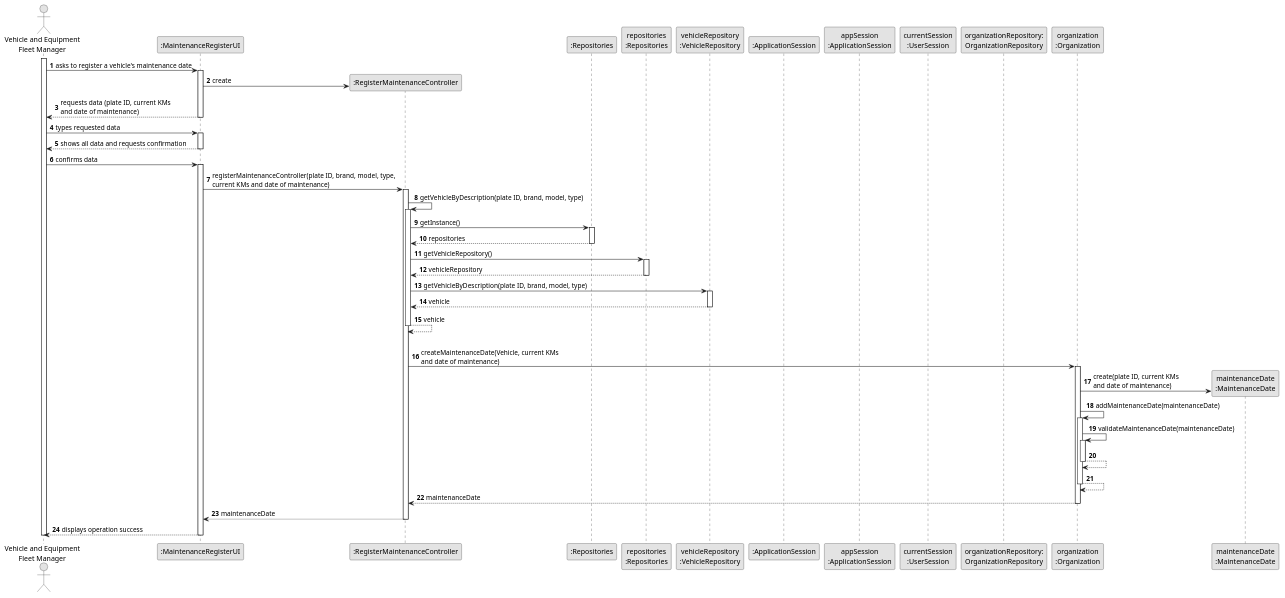
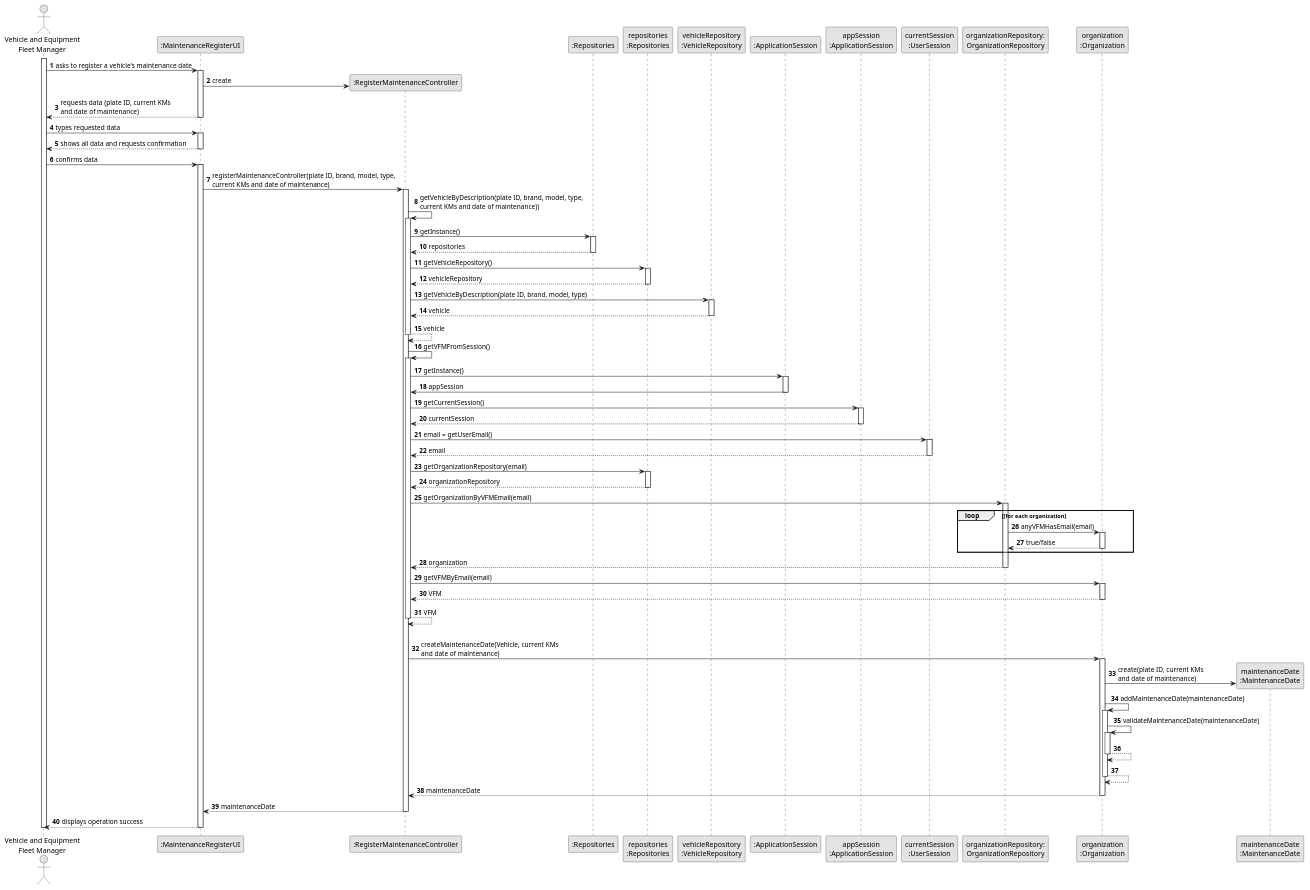
The diagram in docs/sprint2/us007/03.design/puml/us007-sequence-diagram-full.puml (tiagosoa/lei-24-s2-1dgh-g073), drawn with PlantUML before and after one commit. The commit also changed 4 other files, not shown here.

```diff
--- a/docs/sprint2/us007/03.design/puml/us007-sequence-diagram-full.puml
+++ b/docs/sprint2/us007/03.design/puml/us007-sequence-diagram-full.puml
@@ -2,103 +2,154 @@
 @startuml
 skinparam monochrome true
 skinparam packageStyle rectangle
 skinparam shadowing false
 
 autonumber
 
 'hide footbox
 actor "Vehicle and Equipment\nFleet Manager" as VEFL
 participant ":MaintenanceRegisterUI" as UI
 participant ":RegisterMaintenanceController" as RMC
 participant ":Repositories" as RepositorySingleton
 participant ":Repositories" as RepositorySingleton
 participant "repositories\n:Repositories" as PLAT
 participant "vehicleRepository\n:VehicleRepository" as VR
 participant ":ApplicationSession" as _APP
 participant "appSession\n:ApplicationSession" as APP
 participant "currentSession\n:UserSession" as SESSAO
 participant "organizationRepository:\nOrganizationRepository" as OrganizationRepository
 participant "organization\n:Organization" as ORG
 participant "maintenanceDate\n:MaintenanceDate" as DATE
 
 activate VEFL
 
         VEFL -> UI : asks to register a vehicle's maintenance date
 
         activate UI
 
 '            UI --> ADM : requests data (reference, description,  informal \n description, technical description, duration, cost)
             'create CTRL
             UI -> RMC** : create
 
 
 
             UI --> VEFL : requests data (plate ID, current KMs \nand date of maintenance)
         deactivate UI
 
     VEFL -> UI : types requested data
     activate UI
 
         UI --> VEFL : shows all data and requests confirmation
     deactivate UI
 
     VEFL -> UI : confirms data
     activate UI
 
         UI -> RMC : registerMaintenanceController(plate ID, brand, model, type, \ncurrent KMs and date of maintenance)
         activate RMC
 
-                RMC -> RMC : getVehicleByDescription(plate ID, brand, model, type)
+                RMC -> RMC : getVehicleByDescription(plate ID, brand, model, type, \ncurrent KMs and date of maintenance))
                 activate RMC
 
                     RMC -> RepositorySingleton : getInstance()
                     activate RepositorySingleton
 
                         RepositorySingleton --> RMC: repositories
                     deactivate RepositorySingleton
 
                     RMC -> PLAT : getVehicleRepository()
                     activate PLAT
 
                         PLAT --> RMC : vehicleRepository
                     deactivate PLAT
 
                     RMC -> VR : getVehicleByDescription(plate ID, brand, model, type)
                     activate VR
 
                         VR --> RMC : vehicle
                     deactivate VR
 
                     RMC --> RMC : vehicle
 
                 deactivate RMC
+
+                RMC -> RMC : getVFMFromSession()
+                            activate RMC
+
+                                RMC -> _APP: getInstance()
+                                activate _APP
+                                    _APP -> RMC: appSession
+                                deactivate _APP
+
+
+                                RMC -> APP: getCurrentSession()
+                                activate APP
+
+                                    APP --> RMC: currentSession
+                                deactivate APP
+
+                                RMC -> SESSAO: email = getUserEmail()
+                                activate SESSAO
+
+                                    SESSAO --> RMC: email
+                                deactivate SESSAO
+
+
+                                RMC -> PLAT: getOrganizationRepository(email)
+                                activate PLAT
+
+                                    PLAT --> RMC: organizationRepository
+                                deactivate PLAT
+
+
+                                RMC -> OrganizationRepository: getOrganizationByVFMEmail(email)
+                                activate OrganizationRepository
+
+                                    loop [for each organization
+                                        OrganizationRepository -> ORG : anyVFMHasEmail(email)
+                                        activate ORG
+
+                                             ORG --> OrganizationRepository : true/false
+                                        deactivate ORG
+                                    end
+                                    OrganizationRepository --> RMC : organization
+                                deactivate OrganizationRepository
+
+                                RMC -> ORG: getVFMByEmail(email)
+                                activate ORG
+
+                                    ORG --> RMC : VFM
+                                deactivate ORG
+
+                                RMC --> RMC : VFM
+                            deactivate RMC
 
             |||
             RMC -> ORG: createMaintenanceDate(Vehicle, current KMs \nand date of maintenance)
             activate ORG
 
                 ORG -> DATE**: create(plate ID, current KMs \nand date of maintenance)
                 ORG -> ORG: addMaintenanceDate(maintenanceDate)
 
 
                 activate ORG
                     ORG -> ORG: validateMaintenanceDate(maintenanceDate)
                     activate ORG
                         ORG --> ORG
                     deactivate ORG
 
                     ORG --> ORG
                 deactivate ORG
 
                 ORG --> RMC : maintenanceDate
 
             deactivate ORG
 
             RMC --> UI: maintenanceDate
         deactivate RMC
             UI --> VEFL: displays operation success
     deactivate UI
 
 deactivate VEFL
 
 @enduml
```
